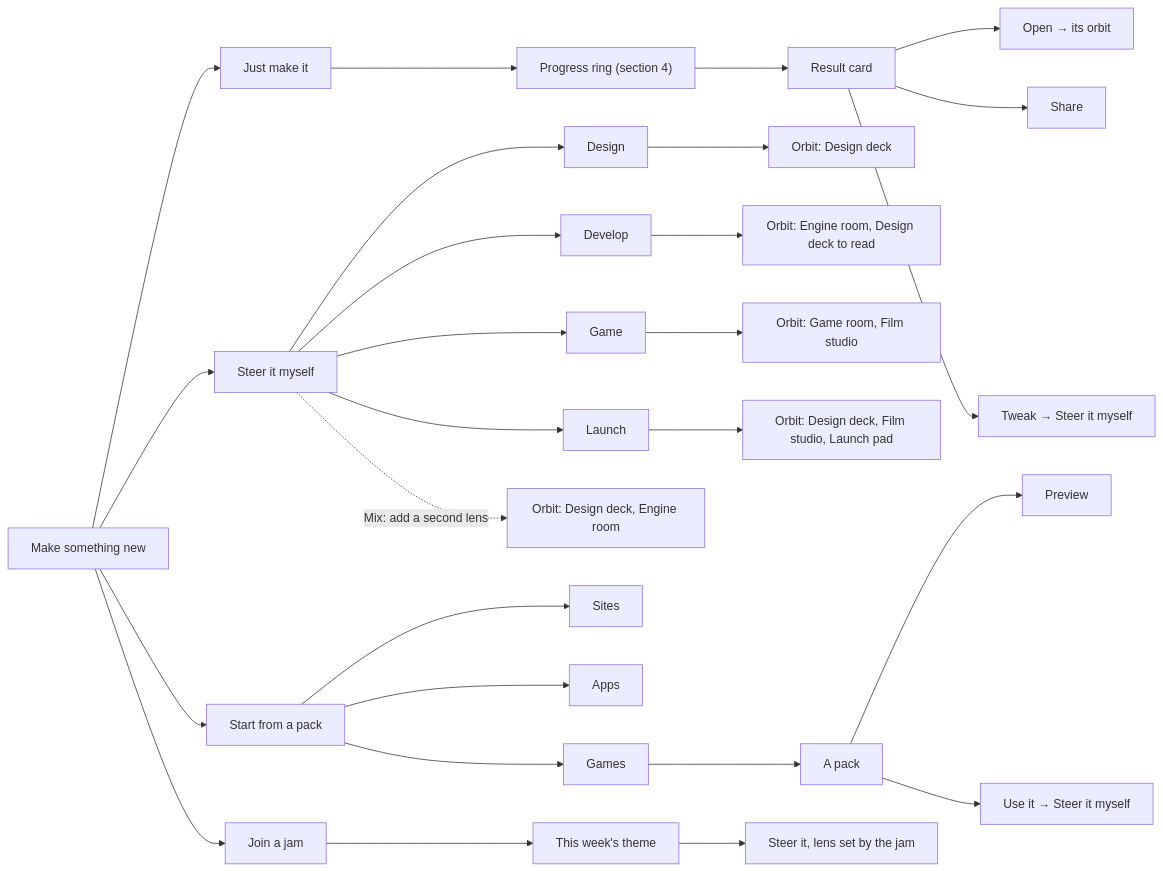
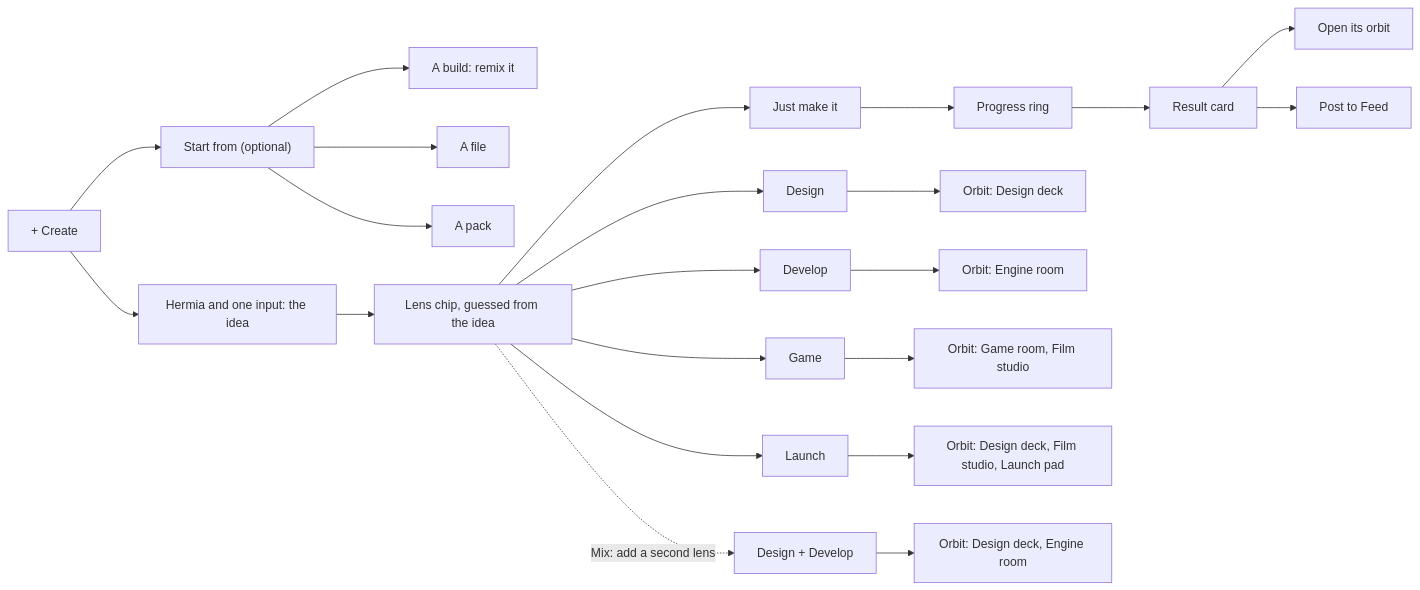
The fifth of 22 diagrams in docs/ux/SITEMAP.md (Pukujan/swarm-studio), drawn with Mermaid before and after one commit. The commit also changed other lines of this file and 4 other files, not shown here.

First line of the commit message:
Docs: the Feed is the front door, TikTok-style, Studio inside it

````diff
--- a/docs/ux/SITEMAP.md
+++ b/docs/ux/SITEMAP.md
@@ -41,29 +118,24 @@
 ```mermaid
 flowchart LR
-  MK[Make something new] --> JM[Just make it]
-  MK --> SM[Steer it myself]
-  MK --> PK[Start from a pack]
-  MK --> JJ[Join a jam]
-  JM --> PR["Progress ring (section 4)"]
+  CR["+ Create"] --> IDEA["Hermia and one input: the idea"]
+  CR --> SRC["Start from (optional)"]
+  SRC --> S1["A build: remix it"]
+  SRC --> S2[A file]
+  SRC --> S3[A pack]
+  IDEA --> LENS["Lens chip, guessed from the idea"]
+  LENS --> L0[Just make it]
+  LENS --> L1[Design]
+  LENS --> L2[Develop]
+  LENS --> L3[Game]
+  LENS --> L4[Launch]
+  LENS -.->|Mix: add a second lens| L5[Design + Develop]
+  L0 --> PR[Progress ring]
   PR --> RC[Result card]
-  RC --> RC1["Open → its orbit"]
-  RC --> RC2[Share]
-  RC --> RC3["Tweak → Steer it myself"]
-  SM --> LD[Design]
-  SM --> LV[Develop]
-  SM --> LG[Game]
-  SM --> LL[Launch]
-  LD --> O1["Orbit: Design deck"]
-  LV --> O2["Orbit: Engine room, Design deck to read"]
-  LG --> O3["Orbit: Game room, Film studio"]
-  LL --> O4["Orbit: Design deck, Film studio, Launch pad"]
-  SM -.->|Mix: add a second lens| O5["Orbit: Design deck, Engine room"]
-  PK --> P1[Sites]
-  PK --> P2[Apps]
-  PK --> P3[Games]
-  P3 --> PA[A pack]
-  PA --> PV[Preview]
-  PA --> PU["Use it → Steer it myself"]
-  JJ --> JT["This week's theme"]
-  JT --> JL["Steer it, lens set by the jam"]
+  RC --> RC1[Open its orbit]
+  RC --> RC2[Post to Feed]
+  L1 --> O1["Orbit: Design deck"]
+  L2 --> O2["Orbit: Engine room"]
+  L3 --> O3["Orbit: Game room, Film studio"]
+  L4 --> O4["Orbit: Design deck, Film studio, Launch pad"]
+  L5 --> O5["Orbit: Design deck, Engine room"]
 ```
````
